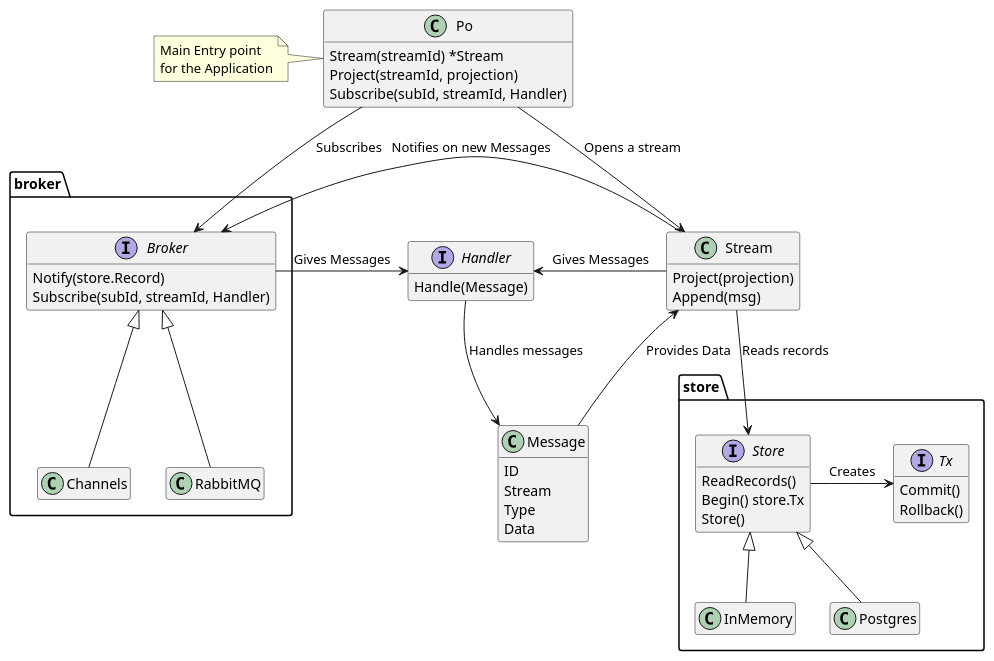
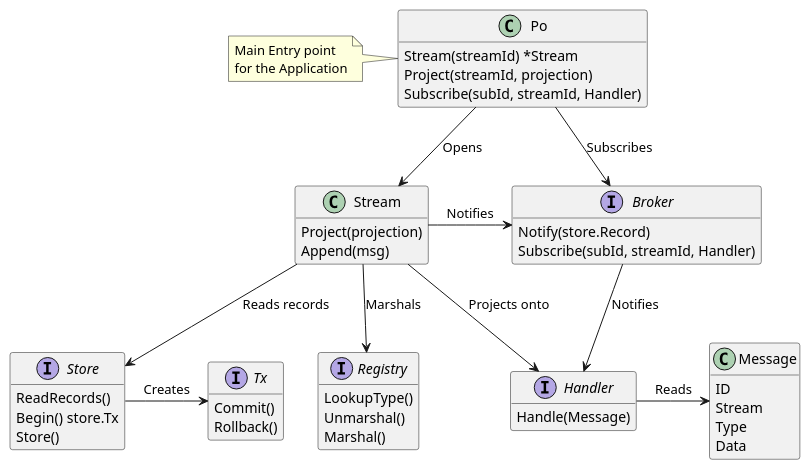
One commit to go-po/po changed the diagram in docs/diagrams/components.puml. Above: the diagram before and after it, drawn with PlantUML. The commit also changed 5 other files, not shown here.

```diff
--- a/docs/diagrams/components.puml
+++ b/docs/diagrams/components.puml
@@ -1,79 +1,68 @@
 @startuml
 
 hide empty members
 
 ' Implicit Interfaces
-interface broker.Broker {
+interface Broker {
     Notify(store.Record)
     Subscribe(subId, streamId, Handler)
 }
 
-interface store.Store {
+interface Store {
     ReadRecords()
     Begin() store.Tx
     Store()
 }
 
-interface store.Tx {
+interface Registry {
+	LookupType()
+	Unmarshal()
+	Marshal()
+}
+
+interface Tx {
     Commit()
     Rollback()
 }
 
 interface Handler {
     Handle(Message)
 }
 
 class Po {
     Stream(streamId) *Stream
     Project(streamId, projection)
     Subscribe(subId, streamId, Handler)
 }
 note left
     Main Entry point
     for the Application
 end note
 
 class Stream {
     Project(projection)
     Append(msg)
 }
 
 class Message {
     ID
     Stream
     Type
     Data
 }
 
 
-' Implementations
-class store.InMemory {
-}
-class store.Postgres {
-}
+' Connections
+Store     -r-> Tx               : Creates
 
-class broker.Channels {
-}
+Po      -d->    Stream          : Opens
+Po      -d->    Broker          : Subscribes
+Stream  -r->    Broker          : Notifies
+Stream  -d->    Store           : Reads records
+Stream  -d->    Handler         : Projects onto
+Stream  -d->    Registry        : Marshals
 
-class broker.RabbitMQ {
-}
-
-' Connections
-store.Store     -r-> store.Tx   : Creates
-store.InMemory  -u-|> store.Store
-store.Postgres  -u-|> store.Store
-
-broker.Channels -u-|> broker.Broker
-broker.RabbitMQ -u-|> broker.Broker
-
-Po      -d->    Stream          : Opens a stream
-Po      -d->      broker.Broker   : Subscribes
-Stream  -r->    broker.Broker   : Notifies on new Messages
-Stream  -d->    store.Store     : Reads records
-Stream  -l->    Handler         : Gives Messages
-Message -u->    Stream          : Provides Data
-broker.Broker -> Handler        : Gives Messages
-
-Handler -> Message              : Handles messages
+Broker  -d-> Handler              : Notifies
+Handler -> Message              : Reads
 
 @enduml
```
